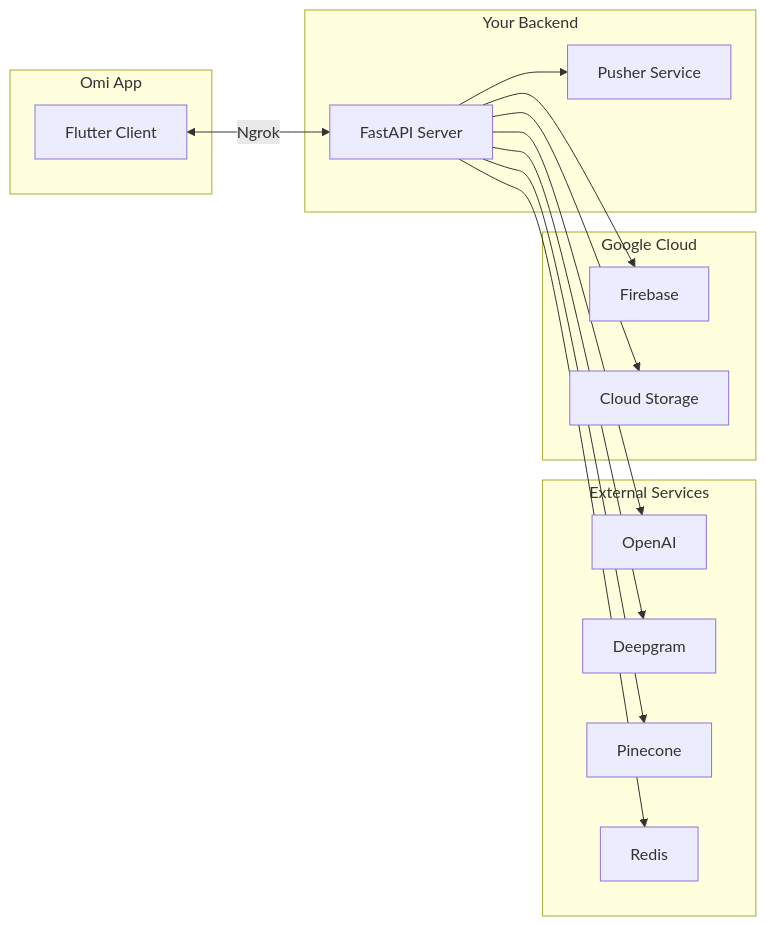
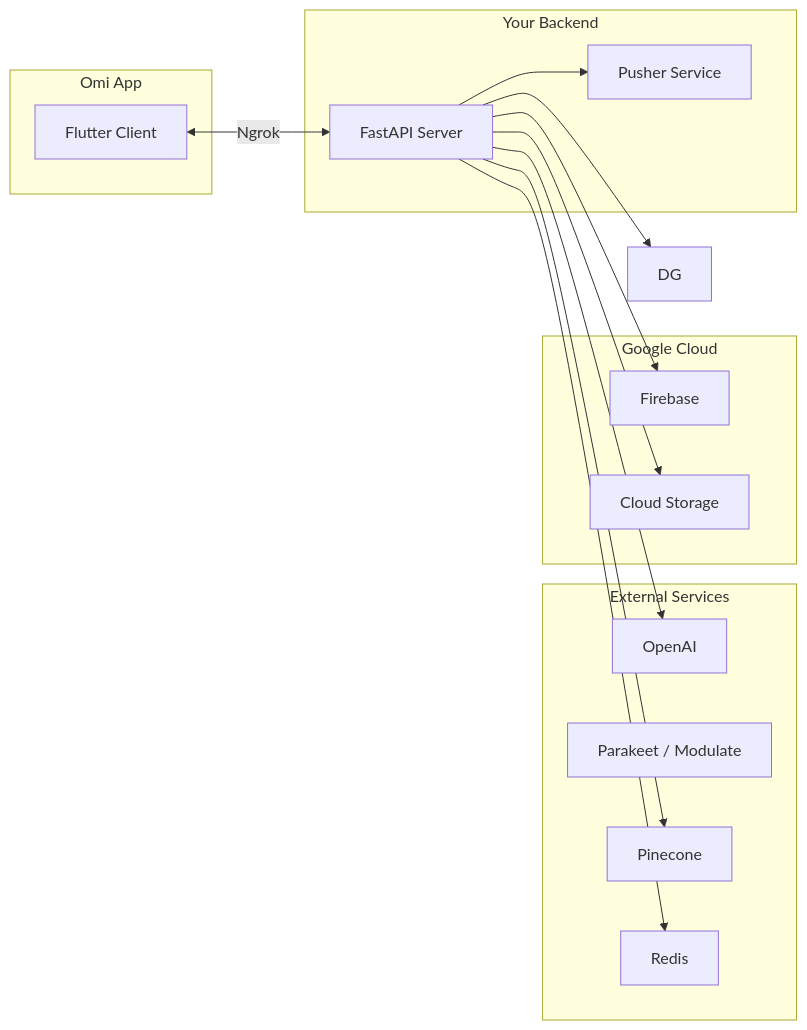
The diagram in docs/doc/developer/backend/Backend_Setup.mdx (BasedHardware/omi), drawn with Mermaid before and after one commit. The commit also changed other lines of this file and 528 other files, not shown here.

````diff
--- a/docs/doc/developer/backend/Backend_Setup.mdx
+++ b/docs/doc/developer/backend/Backend_Setup.mdx
@@ -11,32 +11,32 @@
 ```mermaid
 flowchart LR
     subgraph External["External Services"]
         OAI[OpenAI]
-        DG[Deepgram]
+        STT[Parakeet / Modulate]
         Pine[Pinecone]
         Redis[Redis]
     end
 
     subgraph Google["Google Cloud"]
         FB[Firebase]
         GCS[Cloud Storage]
     end
 
     subgraph Backend["Your Backend"]
         API[FastAPI Server]
         Push[Pusher Service]
     end
 
     subgraph App["Omi App"]
         Flutter[Flutter Client]
     end
 
     Flutter <-->|Ngrok| API
     API --> OAI
     API --> DG
     API --> Pine
     API --> Redis
     API --> FB
     API --> GCS
     API --> Push
 ```
````
